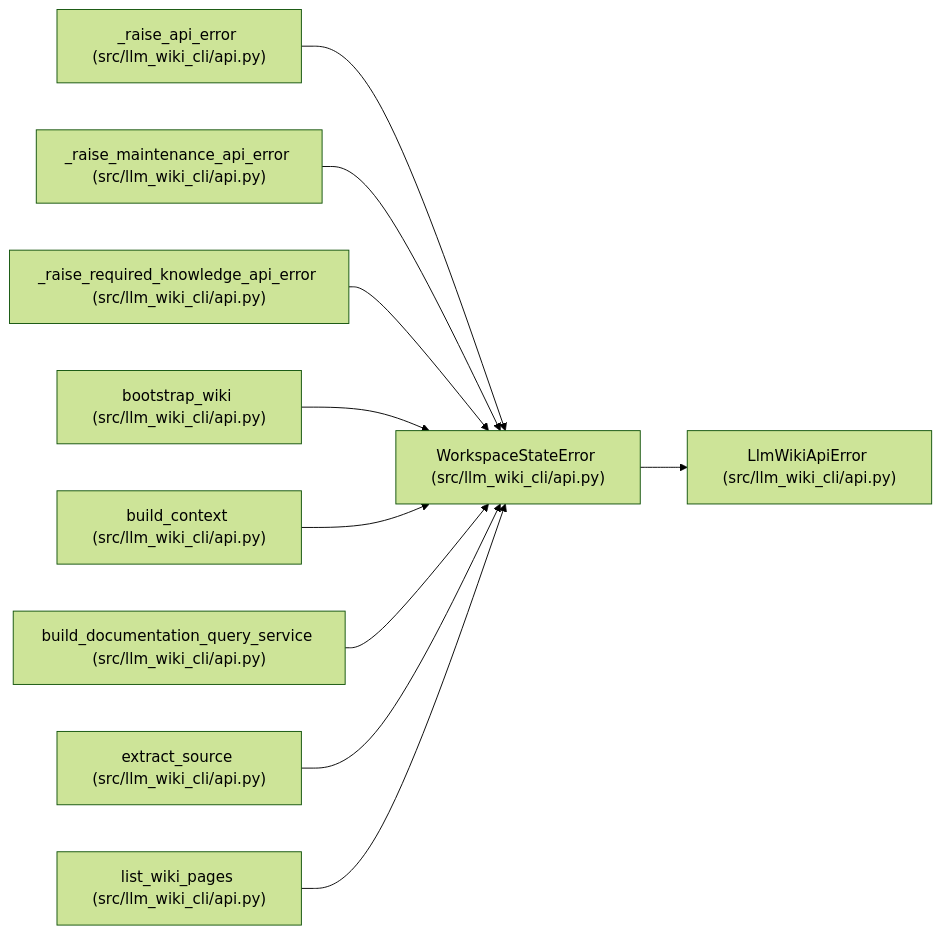
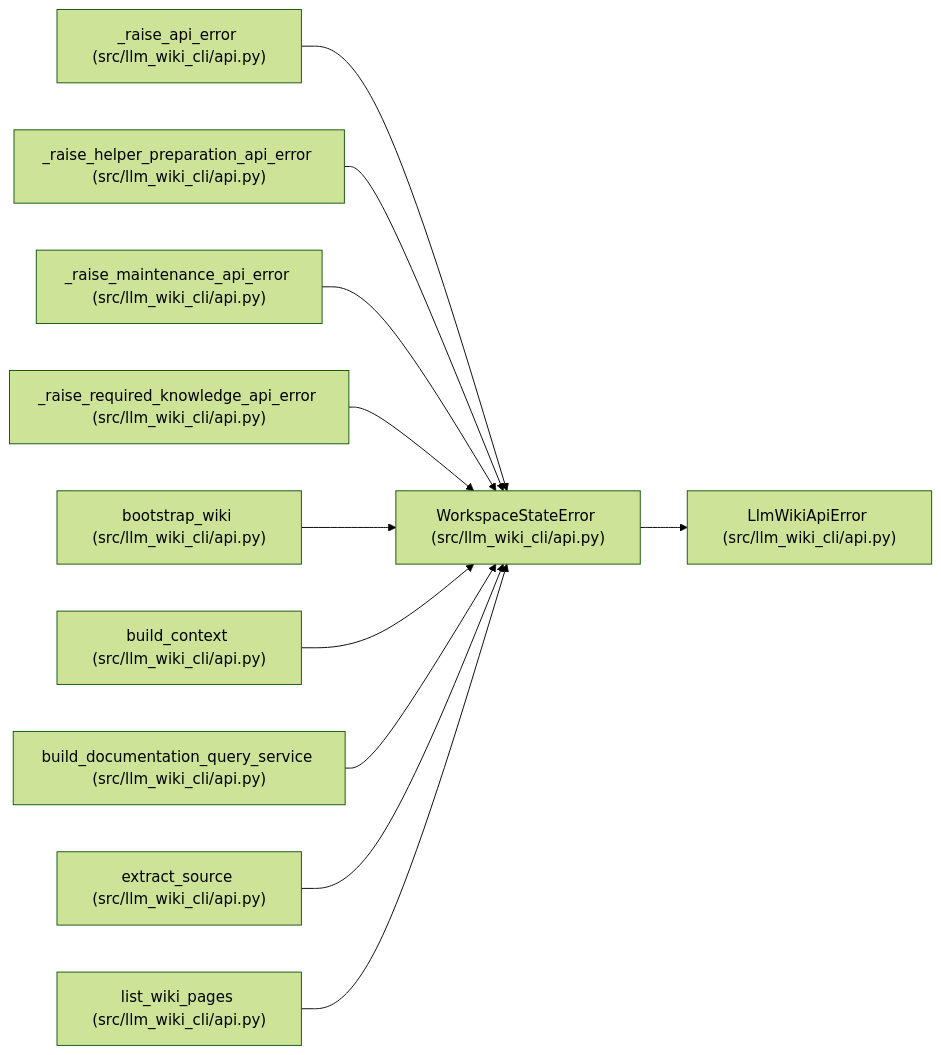
Before and after one commit to Denissvgn/python-wiki-llm: the diagram in docs/llm_wiki/entities/WorkspaceStateError.md, drawn with Mermaid (forest theme). The commit also changed other lines of this file and 761 other files, not shown here.

Commit message:
docs: sync the project wiki with the helper and release improvements

````diff
--- a/docs/llm_wiki/entities/WorkspaceStateError.md
+++ b/docs/llm_wiki/entities/WorkspaceStateError.md
@@ -23,32 +23,35 @@
 ```mermaid
 flowchart LR
     n0["WorkspaceStateError (src/llm_wiki_cli/api.py)"]
     n1["LlmWikiApiError (src/llm_wiki_cli/api.py)"]
     n2["_raise_api_error (src/llm_wiki_cli/api.py)"]
-    n3["_raise_maintenance_api_error (src/llm_wiki_cli/api.py)"]
-    n4["_raise_required_knowledge_api_error (src/llm_wiki_cli/api.py)"]
-    n5["bootstrap_wiki (src/llm_wiki_cli/api.py)"]
-    n6["build_context (src/llm_wiki_cli/api.py)"]
-    n7["build_documentation_query_service (src/llm_wiki_cli/api.py)"]
-    n8["extract_source (src/llm_wiki_cli/api.py)"]
-    n9["list_wiki_pages (src/llm_wiki_cli/api.py)"]
+    n3["_raise_helper_preparation_api_error (src/llm_wiki_cli/api.py)"]
+    n4["_raise_maintenance_api_error (src/llm_wiki_cli/api.py)"]
+    n5["_raise_required_knowledge_api_error (src/llm_wiki_cli/api.py)"]
+    n6["bootstrap_wiki (src/llm_wiki_cli/api.py)"]
+    n7["build_context (src/llm_wiki_cli/api.py)"]
+    n8["build_documentation_query_service (src/llm_wiki_cli/api.py)"]
+    n9["extract_source (src/llm_wiki_cli/api.py)"]
+    n10["list_wiki_pages (src/llm_wiki_cli/api.py)"]
     n0 --> n1
     n2 --> n0
     n3 --> n0
     n4 --> n0
     n5 --> n0
     n6 --> n0
     n7 --> n0
     n8 --> n0
     n9 --> n0
+    n10 --> n0
     click n0 "../modules/api.md"
     click n1 "../modules/api.md"
     click n2 "../modules/api.md"
     click n3 "../modules/api.md"
     click n4 "../modules/api.md"
     click n5 "../modules/api.md"
     click n6 "../modules/api.md"
     click n7 "../modules/api.md"
     click n8 "../modules/api.md"
     click n9 "../modules/api.md"
+    click n10 "../modules/api.md"
 ```
````
